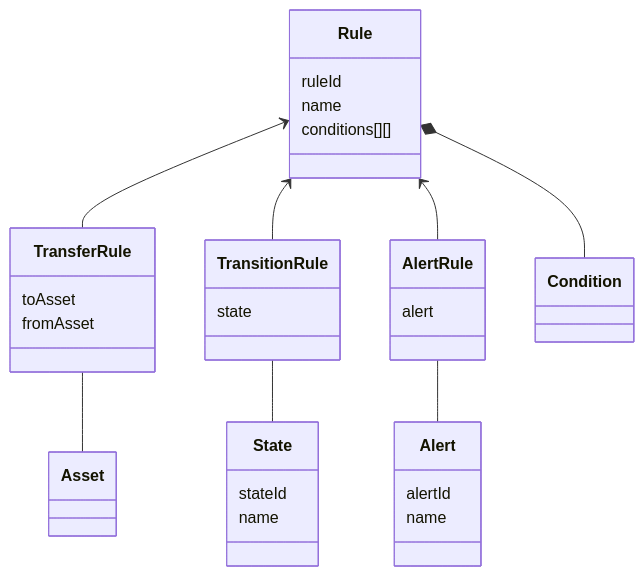
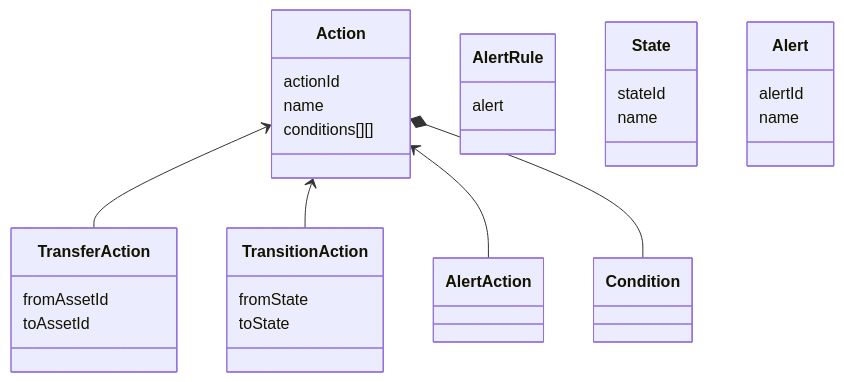
One commit to hmzk0312/FinancesDSL changed the third of 7 diagrams in README.md. Above: the diagram before and after it, drawn with Mermaid. The commit also changed other lines of this file, not shown here.

````diff
--- a/README.md
+++ b/README.md
@@ -96,39 +98,37 @@
 ```mermaid
 classDiagram
-    Rule <-- TransferRule
-    Rule <-- TransitionRule
-    Rule <-- AlertRule
-    Rule *-- Condition
-    TransferRule -- Asset
-    TransitionRule -- State
-    AlertRule -- Alert
+    Action <-- TransferAction
+    Action <-- TransitionAction
+    Action <-- AlertAction
+    Action *-- Condition
 
-class Rule{
-    ruleId
+class Action{
+    actionId
     name
     conditions[][]
 }
 
-class TransferRule{
-    toAsset
-    fromAsset
+class TransferAction{
+    fromAssetId
+    toAssetId
 }
 
-class TransitionRule{
-    state
+class TransitionAction{
+    fromState
+    toState
 }
 
 class AlertRule{
     alert
 }
 
 class State{
     stateId
     name
 }
 
 class Alert{
     alertId
     name
 }
 ```
````
